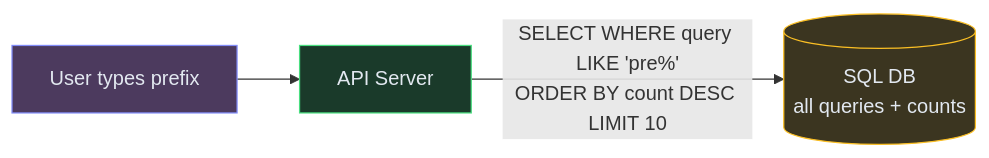
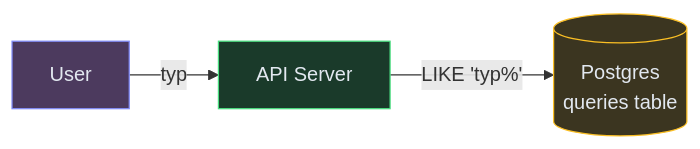
One commit to iluzn/HLD-Designs changed the first of 4 diagrams in content/hld/SearchAutocomplete.md. Above: the diagram before and after it, drawn with Mermaid. The commit also changed other lines of this file and 8 other files, not shown here.

````diff
--- a/content/hld/SearchAutocomplete.md
+++ b/content/hld/SearchAutocomplete.md
@@ -25,13 +25,13 @@
 ```mermaid
 flowchart LR
-    USER["User types prefix"]:::client
+    USER["User"]:::client
     API["API Server"]:::service
-    DB[("SQL DB<br/>all queries + counts")]:::data
+    DB[("Postgres<br/>queries table")]:::data
 
-    USER --> API
-    API -->|"SELECT WHERE query LIKE 'pre%'<br/>ORDER BY count DESC LIMIT 10"| DB
+    USER -->|"typ"| API
+    API -->|LIKE 'typ%'| DB
 
     classDef client fill:#4c3a5e,stroke:#818cf8,color:#e2e8f0
     classDef service fill:#1a3a2a,stroke:#4ade80,color:#e2e8f0
     classDef data fill:#3b3520,stroke:#fbbf24,color:#e2e8f0
 ```
````
